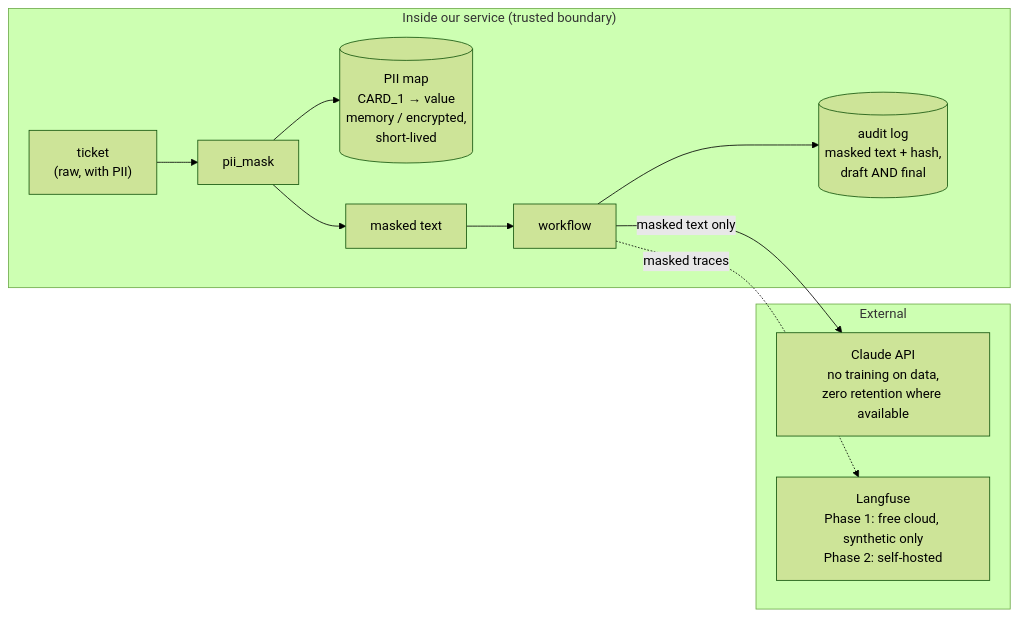
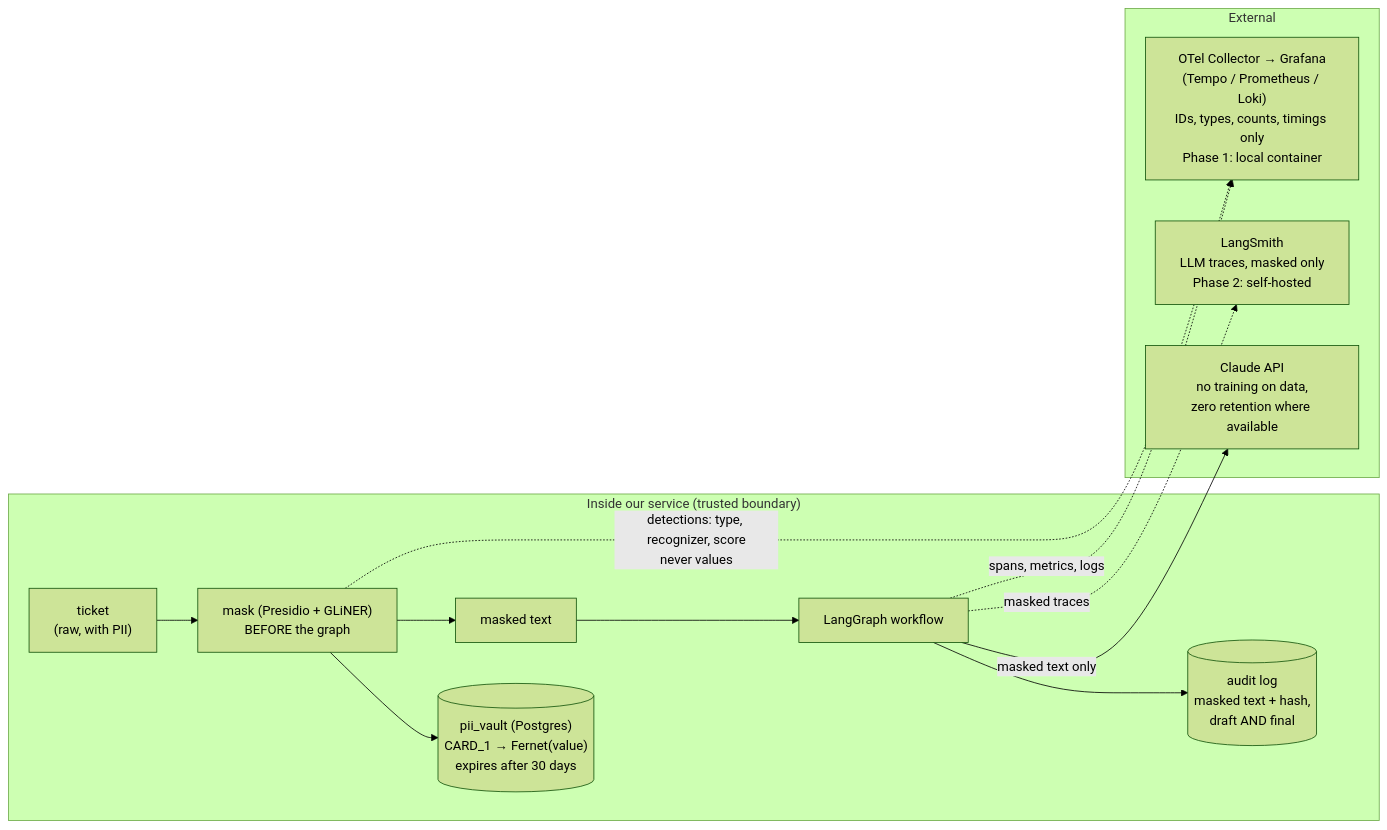
Before and after one commit to mohabashraf/support-copilot: the tenth of 13 diagrams in docs/ARCHITECTURE.md, drawn with Mermaid (forest theme). The commit also changed other lines of this file and 18 other files, not shown here.

````diff
--- a/docs/ARCHITECTURE.md
+++ b/docs/ARCHITECTURE.md
@@ -369,18 +369,21 @@
 ```mermaid
 flowchart LR
     subgraph Ours["Inside our service (trusted boundary)"]
-        T["ticket<br/>(raw, with PII)"] --> M["pii_mask"]
-        M --> MAP[("PII map<br/>CARD_1 → value<br/>memory / encrypted,<br/>short-lived")]
+        T["ticket<br/>(raw, with PII)"] --> M["mask (Presidio + GLiNER)<br/>BEFORE the graph"]
+        M --> MAP[("pii_vault (Postgres)<br/>CARD_1 → Fernet(value)<br/>expires after 30 days")]
         M --> MT["masked text"]
-        MT --> CORE["workflow"]
+        MT --> CORE["LangGraph workflow"]
         CORE --> AUD[("audit log<br/>masked text + hash,<br/>draft AND final")]
     end
 
     subgraph External
         LLM["Claude API<br/>no training on data,<br/>zero retention where available"]
-        LF["Langfuse<br/>Phase 1: free cloud, synthetic only<br/>Phase 2: self-hosted"]
+        LS["LangSmith<br/>LLM traces, masked only<br/>Phase 2: self-hosted"]
+        OBS["OTel Collector → Grafana<br/>(Tempo / Prometheus / Loki)<br/>IDs, types, counts, timings only<br/>Phase 1: local container"]
     end
 
     CORE -->|"masked text only"| LLM
-    CORE -.->|"masked traces"| LF
+    CORE -.->|"masked traces"| LS
+    M -.->|"detections: type, recognizer, score<br/>never values"| OBS
+    CORE -.->|"spans, metrics, logs"| OBS
 ```
````
